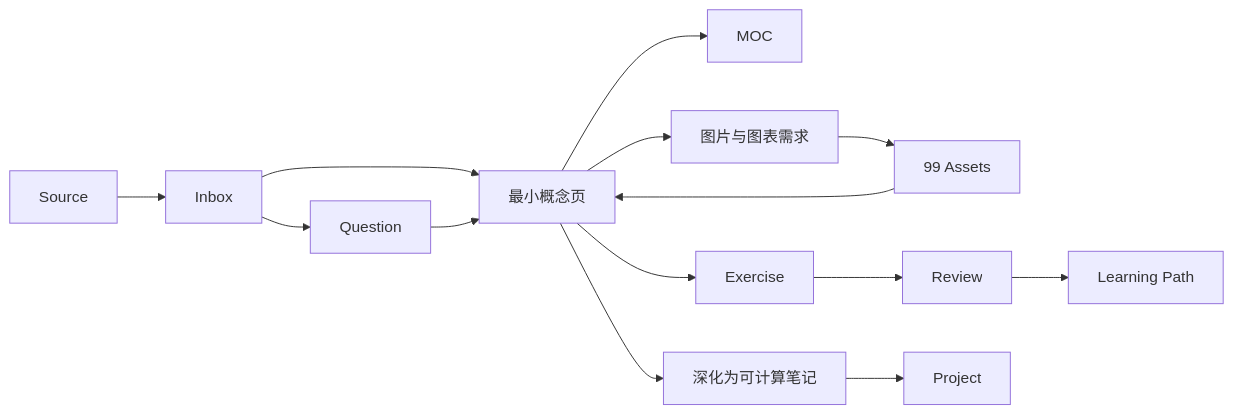
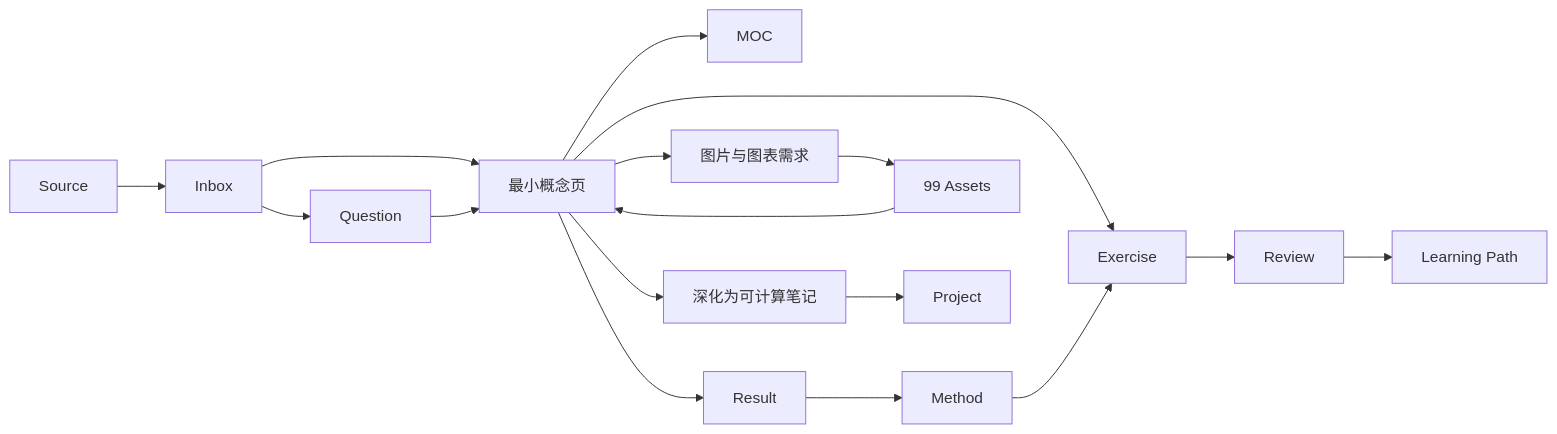
Before and after one commit to kangbeicai/math-knowledge-vault: the diagram in 05 Meta/知识库架构 V2.md, drawn with Mermaid. The commit also changed other lines of this file and 42 other files, not shown here.

````diff
--- a/05 Meta/知识库架构 V2.md
+++ b/05 Meta/知识库架构 V2.md
@@ -99,16 +107,19 @@
 ```mermaid
 flowchart LR
     S[Source] --> I[Inbox]
     I --> C[最小概念页]
     I --> Q[Question]
     C --> M[MOC]
+    C --> T[Result]
+    T --> H[Method]
     C --> E[Exercise]
     C --> D[深化为可计算笔记]
     C --> A[图片与图表需求]
     A --> R[99 Assets]
     R --> C
     Q --> C
     E --> V[Review]
     V --> P[Learning Path]
+    H --> E
     D --> J[Project]
 ```
````
